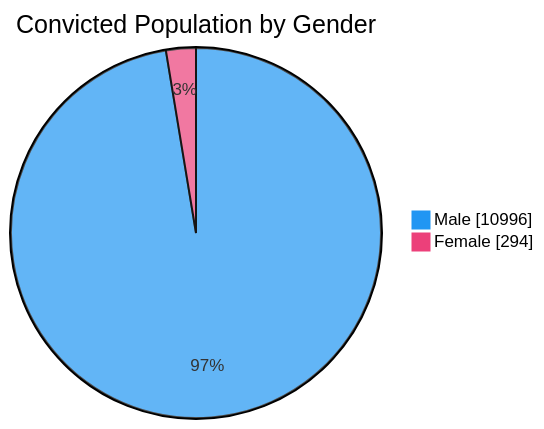
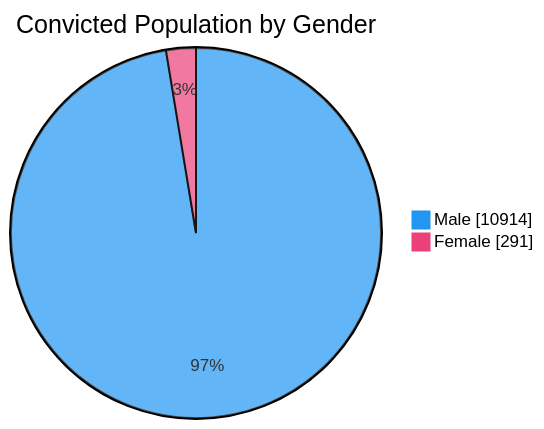
One commit to nuuuwan/lk_prisons changed the third of 7 diagrams in README.md. Above: the diagram before and after it, drawn with Mermaid. The commit also changed other lines of this file and 1 other file, not shown here.

````diff
--- a/README.md
+++ b/README.md
@@ -65,6 +65,6 @@
 ```mermaid
 %%{init: {'themeVariables': {'pie1': '#2196F3', 'pie2': '#EC407A'}}}%%
 pie showData title Convicted Population by Gender
-    "Male" : 10996
-    "Female" : 294
+    "Male" : 10914
+    "Female" : 291
 ```
````
